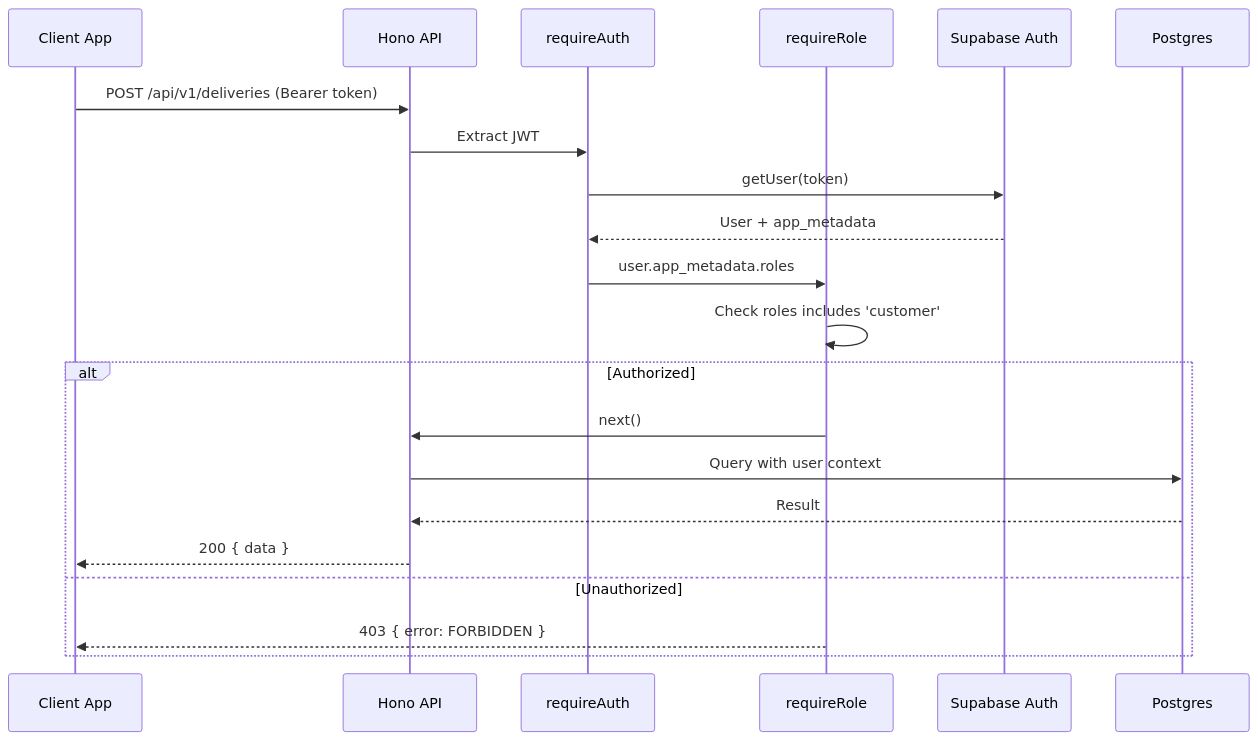
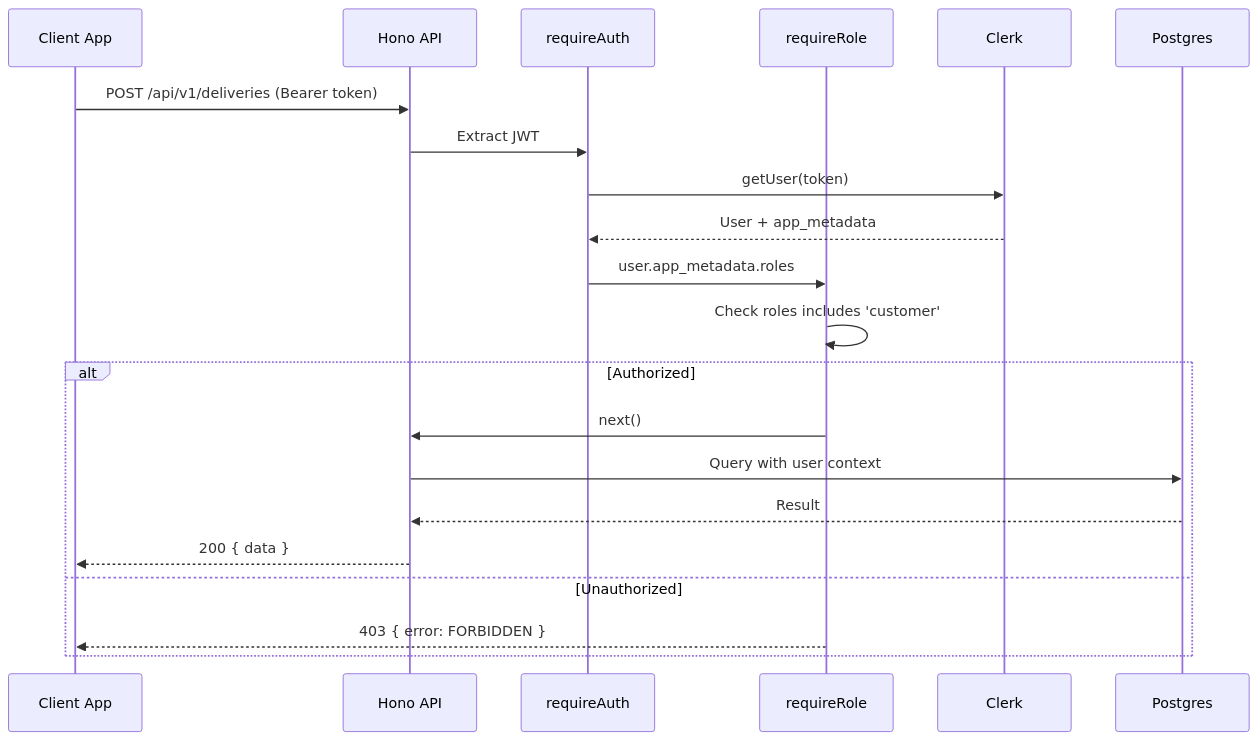
One commit to eteng/surewaka changed the second of 5 diagrams in .kiro/specs/rbac-system/design.md. Above: the diagram before and after it, drawn with Mermaid. The commit also changed other lines of this file and 69 other files, not shown here.

````diff
--- a/.kiro/specs/rbac-system/design.md
+++ b/.kiro/specs/rbac-system/design.md
@@ -168,24 +168,24 @@
 ```mermaid
 sequenceDiagram
     participant Client as Client App
     participant API as Hono API
     participant AuthMW as requireAuth
     participant RoleMW as requireRole
-    participant Supabase as Supabase Auth
+    participant Clerk
     participant DB as Postgres
 
     Client->>API: POST /api/v1/deliveries (Bearer token)
     API->>AuthMW: Extract JWT
-    AuthMW->>Supabase: getUser(token)
-    Supabase-->>AuthMW: User + app_metadata
+    AuthMW->>Clerk: getUser(token)
+    Clerk-->>AuthMW: User + app_metadata
     AuthMW->>RoleMW: user.app_metadata.roles
     RoleMW->>RoleMW: Check roles includes 'customer'
     alt Authorized
         RoleMW->>API: next()
         API->>DB: Query with user context
         DB-->>API: Result
         API-->>Client: 200 { data }
     else Unauthorized
         RoleMW-->>Client: 403 { error: FORBIDDEN }
     end
 ```
````
